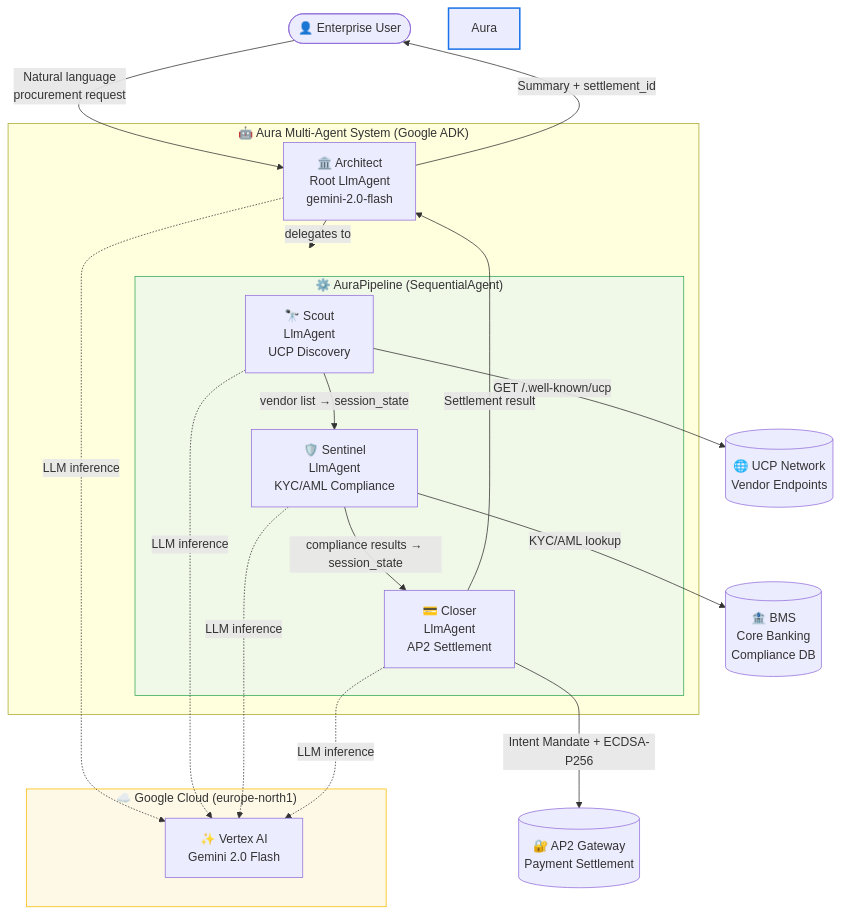
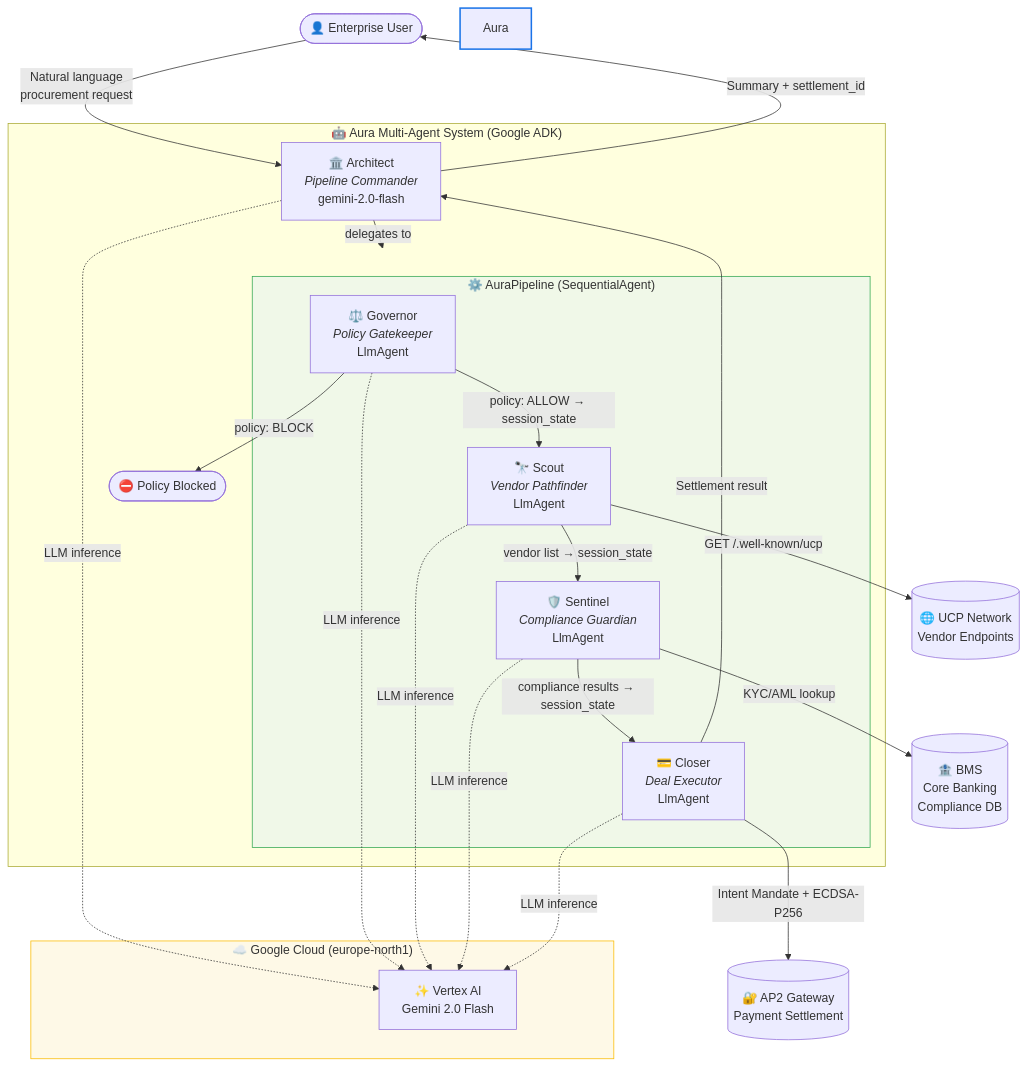
The diagram in docs/ARCHITECTURE.md (shailwx/aura), drawn with Mermaid before and after one commit. The commit also changed other lines of this file, not shown here.

First line of the commit message:
docs: update ARCHITECTURE.md — add Governor, fix agent names and diagrams

````diff
--- a/docs/ARCHITECTURE.md
+++ b/docs/ARCHITECTURE.md
@@ -11,38 +11,42 @@
 ```mermaid
 graph TD
     User([👤 Enterprise User]) -->|Natural language<br/>procurement request| Architect
 
     subgraph Aura MAS ["🤖 Aura Multi-Agent System (Google ADK)"]
-        Architect["🏛️ Architect<br/>Root LlmAgent<br/>gemini-2.0-flash"]
+        Architect["🏛️ Architect<br/><i>Pipeline Commander</i><br/>gemini-2.0-flash"]
 
         subgraph Pipeline ["⚙️ AuraPipeline (SequentialAgent)"]
-            Scout["🔭 Scout<br/>LlmAgent<br/>UCP Discovery"]
-            Sentinel["🛡️ Sentinel<br/>LlmAgent<br/>KYC/AML Compliance"]
-            Closer["💳 Closer<br/>LlmAgent<br/>AP2 Settlement"]
+            Governor["⚖️ Governor<br/><i>Policy Gatekeeper</i><br/>LlmAgent"]
+            Scout["🔭 Scout<br/><i>Vendor Pathfinder</i><br/>LlmAgent"]
+            Sentinel["🛡️ Sentinel<br/><i>Compliance Guardian</i><br/>LlmAgent"]
+            Closer["💳 Closer<br/><i>Deal Executor</i><br/>LlmAgent"]
         end
 
         Architect -->|delegates to| Pipeline
+        Governor -->|policy: ALLOW → session_state| Scout
+        Governor -->|policy: BLOCK| PolicyBlocked(["⛔ Policy Blocked"])
         Scout -->|vendor list → session_state| Sentinel
         Sentinel -->|compliance results → session_state| Closer
     end
 
     Scout -->|GET /.well-known/ucp| UCP[("🌐 UCP Network<br/>Vendor Endpoints")]
     Sentinel -->|KYC/AML lookup| BMS[("🏦 BMS<br/>Core Banking<br/>Compliance DB")]
     Closer -->|Intent Mandate + ECDSA-P256| AP2[("🔐 AP2 Gateway<br/>Payment Settlement")]
 
     Closer -->|Settlement result| Architect
     Architect -->|Summary + settlement_id| User
 
     subgraph GCP ["☁️ Google Cloud (europe-north1)"]
         VertexAI["✨ Vertex AI<br/>Gemini 2.0 Flash"]
     end
 
     Architect -.->|LLM inference| VertexAI
+    Governor -.->|LLM inference| VertexAI
     Scout -.->|LLM inference| VertexAI
     Sentinel -.->|LLM inference| VertexAI
     Closer -.->|LLM inference| VertexAI
 
     style Aura MAS fill:#e8f4f8,stroke:#1a73e8,stroke-width:2px
     style Pipeline fill:#f0f8e8,stroke:#34a853,stroke-width:1px
     style GCP fill:#fef9e7,stroke:#fbbc04,stroke-width:1px
 ```
````
